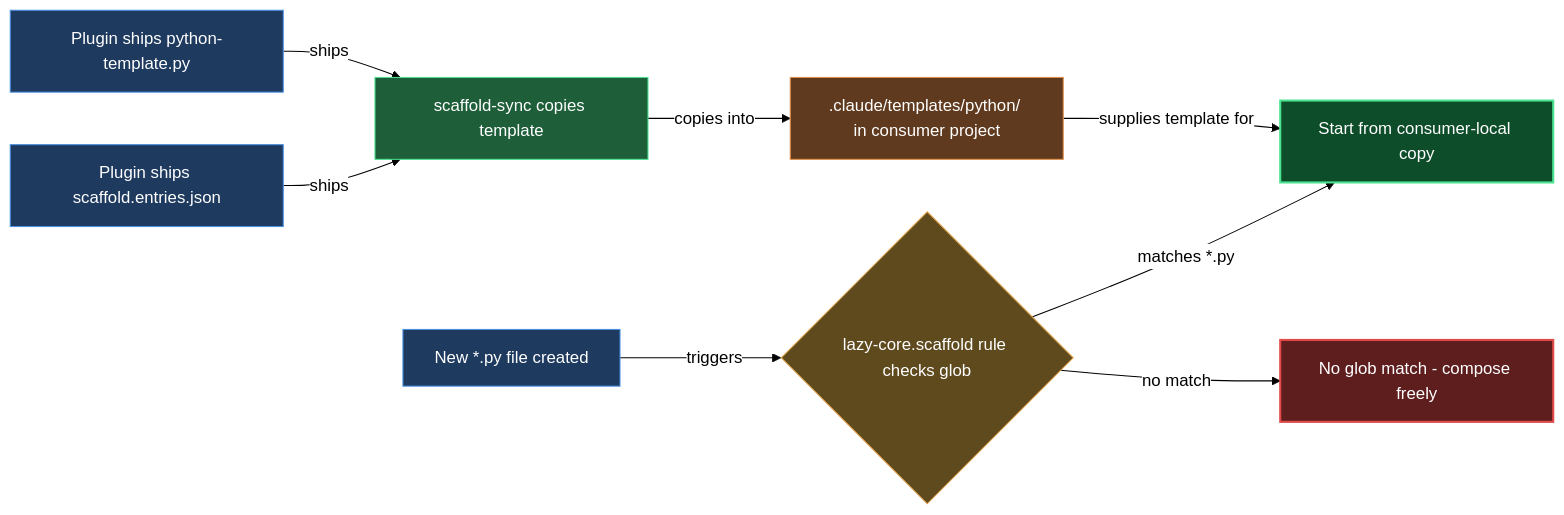
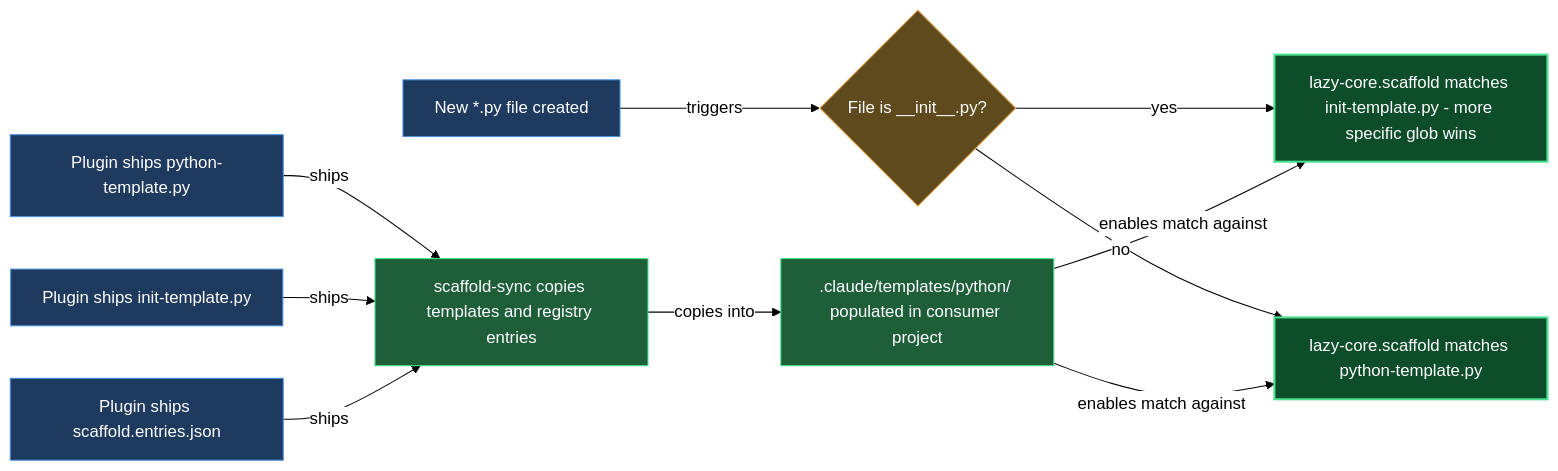
One commit to mebius-san/lazy-cortex changed the diagram in claude/lazycortex-python/help/scaffold.md. Above: the diagram before and after it, drawn with Mermaid. The commit also changed other lines of this file and 64 other files, not shown here.

First line of the commit message:
release core 5.11.0, observe 0.3.0, python 1.10.0

````diff
--- a/claude/lazycortex-python/help/scaffold.md
+++ b/claude/lazycortex-python/help/scaffold.md
@@ -39,36 +41,38 @@
 ```mermaid
 %%{init: {'themeVariables':{'background':'transparent','lineColor':'#000','textColor':'#000','edgeLabelBackground':'#fff'},'themeCSS':'.edgeLabel{background-color:transparent!important}.edgeLabel p{background-color:transparent!important}','flowchart':{'diagramPadding':5,'useMaxWidth':true}}}%%
 flowchart LR
-  pluginShipsTemplate[Plugin ships python-template.py]
-  pluginShipsEntries[Plugin ships scaffold.entries.json]
-  scaffoldSyncCopies[scaffold-sync copies template]
-  consumerTemplatesDir[.claude/templates/python/ in consumer project]
-  newPyFileCreated[New *.py file created]
-  scaffoldRuleChecks{lazy-core.scaffold rule checks glob}
-  startFromCopy[Start from consumer-local copy]
-  composeFromMemory[No glob match - compose freely]
+  pluginShipsPythonTemplate[Plugin ships python-template.py]
+  pluginShipsInitTemplate[Plugin ships init-template.py]
+  pluginShipsScaffoldEntries[Plugin ships scaffold.entries.json]
+  scaffoldSyncRuns[scaffold-sync copies templates and registry entries]
+  templatesDirPopulated[.claude/templates/python/ populated in consumer project]
+  newPyFileCreated["New *.py file created"]
+  isInitFile{File is __init__.py?}
+  matchInitTemplate[lazy-core.scaffold matches init-template.py - more specific glob wins]
+  matchPythonTemplate[lazy-core.scaffold matches python-template.py]
 
-  pluginShipsTemplate -->|ships| scaffoldSyncCopies
-  pluginShipsEntries -->|ships| scaffoldSyncCopies
-  scaffoldSyncCopies -->|copies into| consumerTemplatesDir
-  newPyFileCreated -->|triggers| scaffoldRuleChecks
-  scaffoldRuleChecks -->|matches *.py| startFromCopy
-  scaffoldRuleChecks -->|no match| composeFromMemory
-  consumerTemplatesDir -->|supplies template for| startFromCopy
+  pluginShipsPythonTemplate -->|ships| scaffoldSyncRuns
+  pluginShipsInitTemplate -->|ships| scaffoldSyncRuns
+  pluginShipsScaffoldEntries -->|ships| scaffoldSyncRuns
+  scaffoldSyncRuns -->|copies into| templatesDirPopulated
+  newPyFileCreated -->|triggers| isInitFile
+  isInitFile -->|yes| matchInitTemplate
+  isInitFile -->|no| matchPythonTemplate
+  templatesDirPopulated -->|enables match against| matchInitTemplate
+  templatesDirPopulated -->|enables match against| matchPythonTemplate
 
   classDef entry fill:#1e3a5f,stroke:#4a90e2,color:#fff
   classDef guard fill:#5f4a1e,stroke:#e2a14a,color:#fff
   classDef action fill:#1e5f3a,stroke:#4ae290,color:#fff
-  classDef store fill:#5f3a1e,stroke:#e2904a,color:#fff
   classDef success fill:#0d4d2a,stroke:#4ae290,color:#fff,stroke-width:2px
-  classDef error fill:#5f1e1e,stroke:#e24a4a,color:#fff,stroke-width:2px
 
-  class pluginShipsTemplate entry
-  class pluginShipsEntries entry
-  class scaffoldSyncCopies action
-  class consumerTemplatesDir store
+  class pluginShipsPythonTemplate entry
+  class pluginShipsInitTemplate entry
+  class pluginShipsScaffoldEntries entry
   class newPyFileCreated entry
-  class scaffoldRuleChecks guard
-  class startFromCopy success
-  class composeFromMemory error
+  class scaffoldSyncRuns action
+  class templatesDirPopulated action
+  class isInitFile guard
+  class matchInitTemplate success
+  class matchPythonTemplate success
 ```
````
